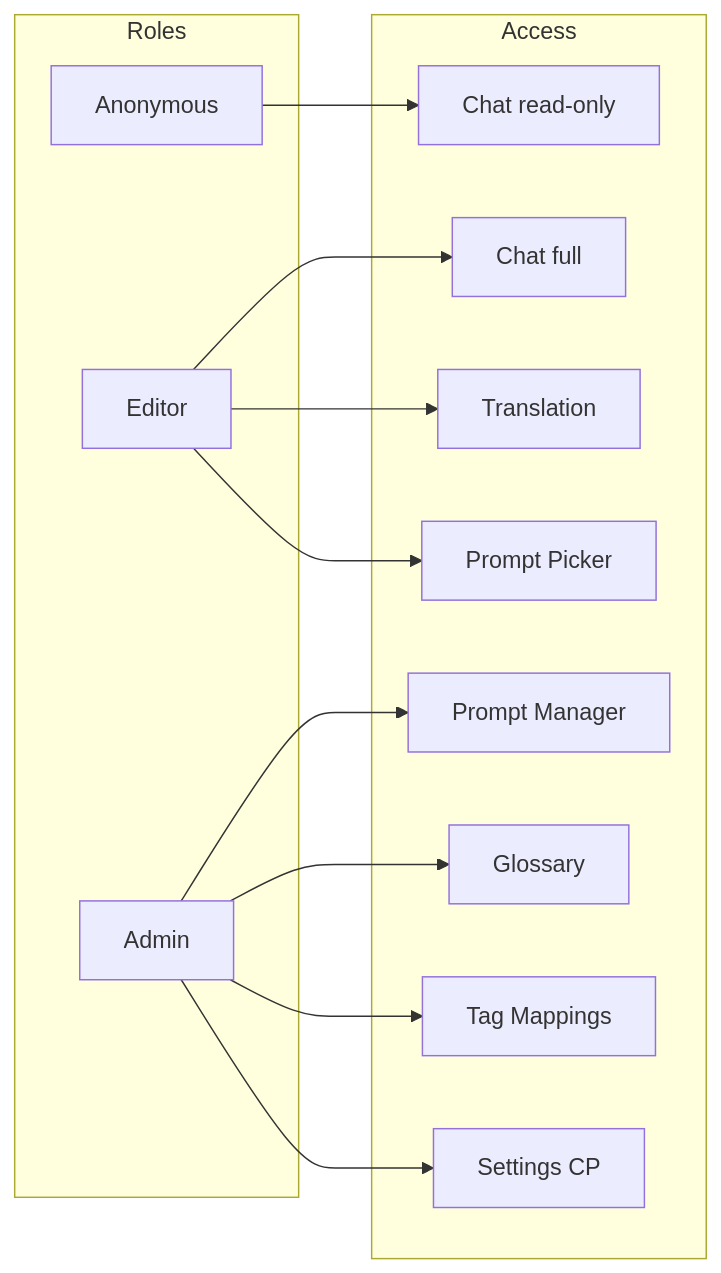
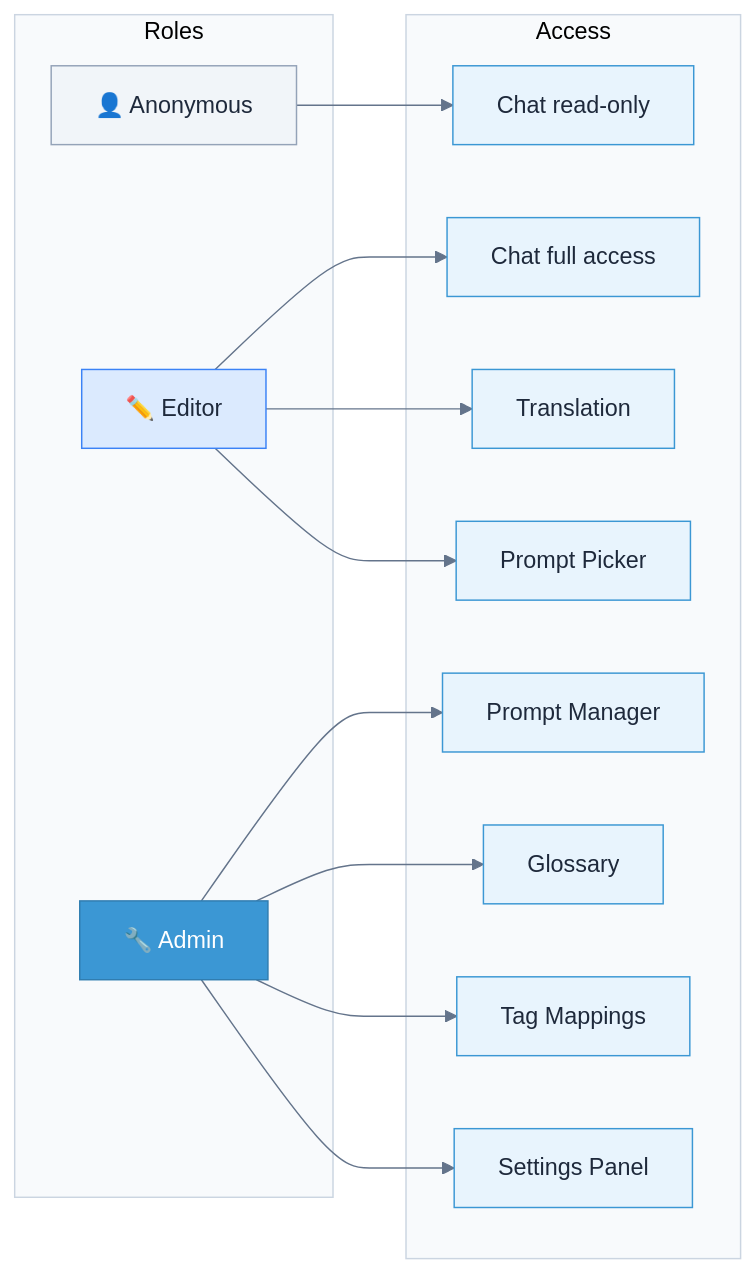
One commit to interaktivgmbh/volto-interaktiv-kyra changed the sixth of 6 diagrams in README.md. Above: the diagram before and after it, drawn with Mermaid. The commit also changed other lines of this file, not shown here.

Commit message:
Enhance README with updated interactive showcase, refined Mermaid diagrams, and improved visualization styles

````diff
--- a/README.md
+++ b/README.md
@@ -231,28 +260,33 @@
 ```mermaid
+%%{init: {'theme': 'base', 'themeVariables': {'primaryColor': '#e8f4fd', 'primaryBorderColor': '#3b97d4', 'primaryTextColor': '#1e293b', 'lineColor': '#64748b', 'clusterBkg': '#f8fafc', 'clusterBorder': '#cbd5e1'}}}%%
 flowchart LR
     subgraph Roles
-        ANON["Anonymous"]
-        EDITOR["Editor"]
-        ADMIN["Admin"]
+        ANON["👤 Anonymous"]
+        EDITOR["✏️ Editor"]
+        ADMIN["🔧 Admin"]
     end
 
     subgraph Access
         F1["Chat read-only"]
-        F2["Chat full"]
+        F2["Chat full access"]
         F3["Translation"]
         F4["Prompt Picker"]
         F5["Prompt Manager"]
         F6["Glossary"]
         F7["Tag Mappings"]
-        F8["Settings CP"]
+        F8["Settings Panel"]
     end
 
     ANON --> F1
     EDITOR --> F2
     EDITOR --> F3
     EDITOR --> F4
     ADMIN --> F5
     ADMIN --> F6
     ADMIN --> F7
     ADMIN --> F8
+
+    style ANON fill:#f1f5f9,stroke:#94a3b8
+    style EDITOR fill:#dbeafe,stroke:#3b82f6
+    style ADMIN fill:#3b97d4,stroke:#307db0,color:#fff
 ```
````
